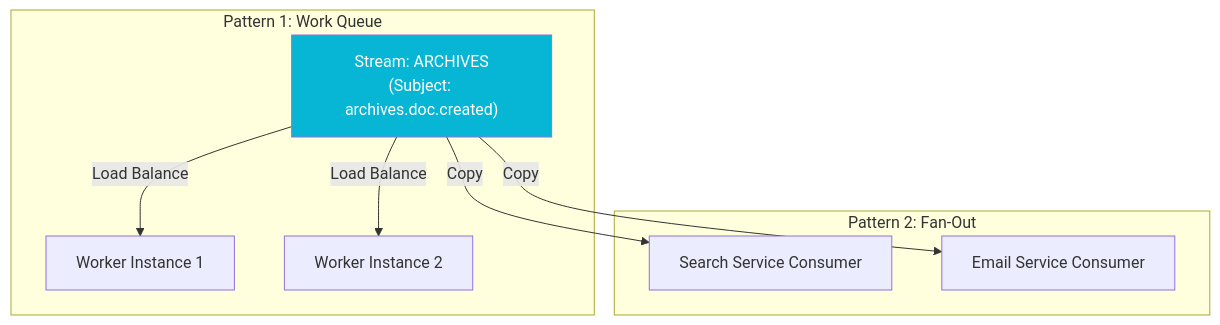
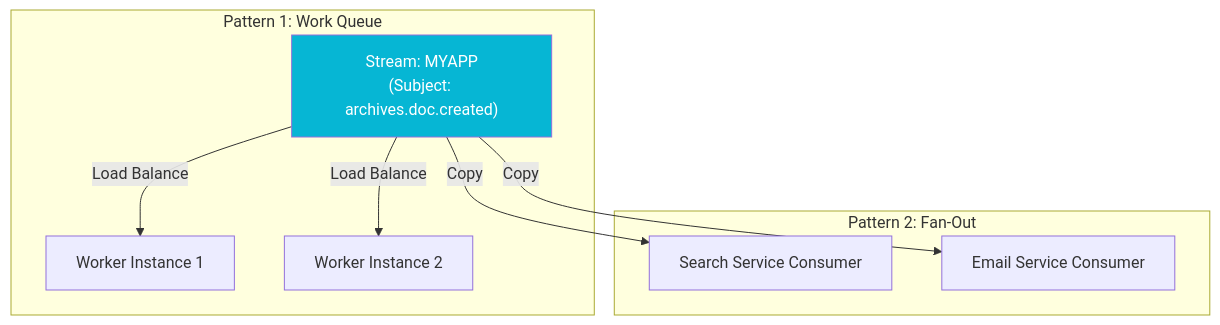
One commit to viktorrobin/bluerobin-blog changed the diagram in src/content/blog/nats-jetstream-consumer-patterns.mdx. Above: the diagram before and after it, drawn with Mermaid. The commit also changed other lines of this file and 111 other files, not shown here.

````diff
--- a/src/content/blog/nats-jetstream-consumer-patterns.mdx
+++ b/src/content/blog/nats-jetstream-consumer-patterns.mdx
@@ -37,20 +37,20 @@
 ```mermaid
 flowchart TD
-    Stream["Stream: ARCHIVES\n(Subject: archives.doc.created)"]
+    Stream["Stream: MYAPP\n(Subject: archives.doc.created)"]
     
     subgraph WorkQueue["Pattern 1: Work Queue"]
         Stream -->|Load Balance| Worker1["Worker Instance 1"]
         Stream -->|Load Balance| Worker2["Worker Instance 2"]
     end
     
     subgraph FanOut["Pattern 2: Fan-Out"]
         Stream -->|Copy| Search["Search Service Consumer"]
         Stream -->|Copy| Email["Email Service Consumer"]
     end
     
     classDef primary fill:#7c3aed,color:#fff
     classDef secondary fill:#06b6d4,color:#fff
     classDef db fill:#f43f5e,color:#fff
     classDef warning fill:#fbbf24,color:#000
     class Stream secondary
 ```
````
